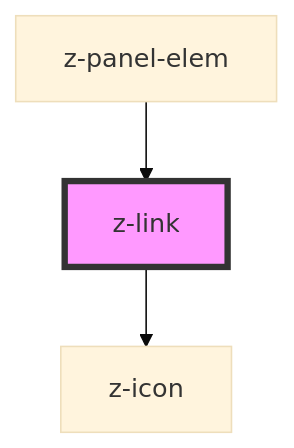
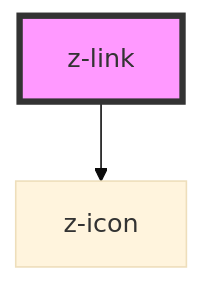
Before and after one commit to ZanichelliEditore/design-system: the diagram in src/deprecated/z-link/readme.md, drawn with Mermaid (base theme). The commit also changed other lines of this file and 3 other files, not shown here.

Commit message:
chore: change isdisabled control in z-panel-elem story

````diff
--- a/src/deprecated/z-link/readme.md
+++ b/src/deprecated/z-link/readme.md
@@ -59,6 +55,5 @@
 ```mermaid
 graph TD;
   z-link --> z-icon
-  z-panel-elem --> z-link
   style z-link fill:#f9f,stroke:#333,stroke-width:4px
 ```
````
